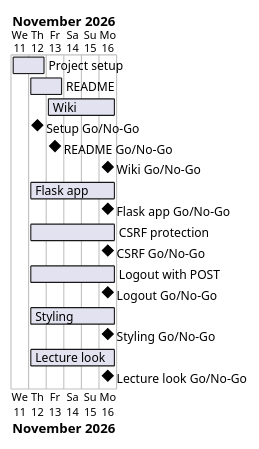
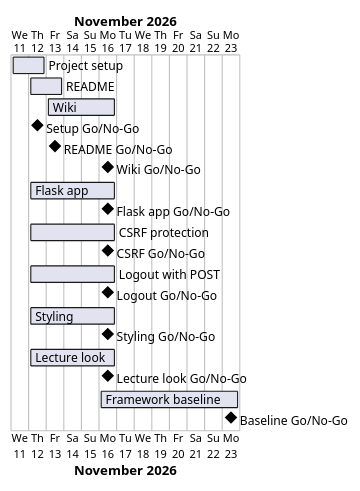
One commit to Tirsvad-Udemy-100-days-of-code/068-flask-auth changed the diagram in docs/project-plan.md. Above: the diagram before and after it, drawn with PlantUML. The commit also changed other lines of this file and 15 other files, not shown here.

First line of the commit message:
MIL-009: bring the project to the framework baseline

````diff
--- a/docs/project-plan.md
+++ b/docs/project-plan.md
@@ -42,21 +47,23 @@
 ```plantuml
 @startgantt
 Project starts 2026-11-11
 [Project setup] starts 2026-11-11 and ends 2026-11-12
 [README] starts 2026-11-12 and ends 2026-11-13
 [Wiki] starts 2026-11-13 and ends 2026-11-16
 [Setup Go/No-Go] happens 2026-11-12
 [README Go/No-Go] happens 2026-11-13
 [Wiki Go/No-Go] happens 2026-11-16
 [Flask app] starts 2026-11-12 and ends 2026-11-16
 [Flask app Go/No-Go] happens 2026-11-16
 [CSRF protection] starts 2026-11-12 and ends 2026-11-16
 [CSRF Go/No-Go] happens 2026-11-16
 [Logout with POST] starts 2026-11-12 and ends 2026-11-16
 [Logout Go/No-Go] happens 2026-11-16
 [Styling] starts 2026-11-12 and ends 2026-11-16
 [Styling Go/No-Go] happens 2026-11-16
 [Lecture look] starts 2026-11-12 and ends 2026-11-16
 [Lecture look Go/No-Go] happens 2026-11-16
+[Framework baseline] starts 2026-11-16 and ends 2026-11-23
+[Baseline Go/No-Go] happens 2026-11-23
 @endgantt
 ```
````
